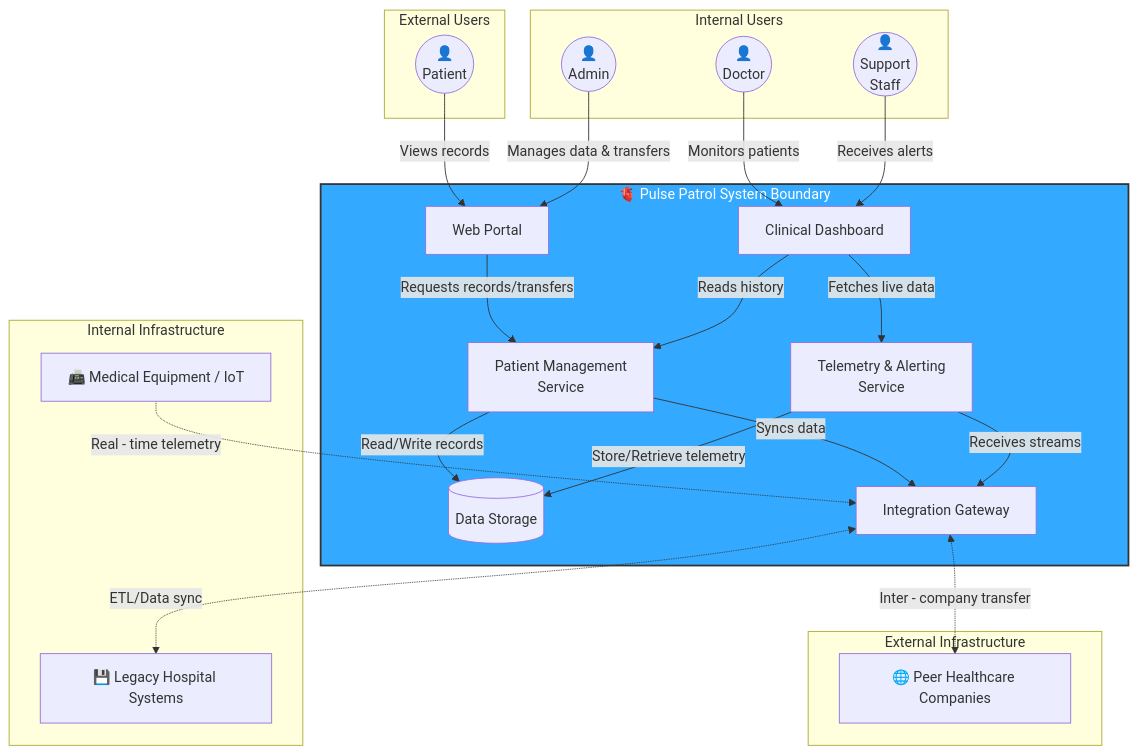
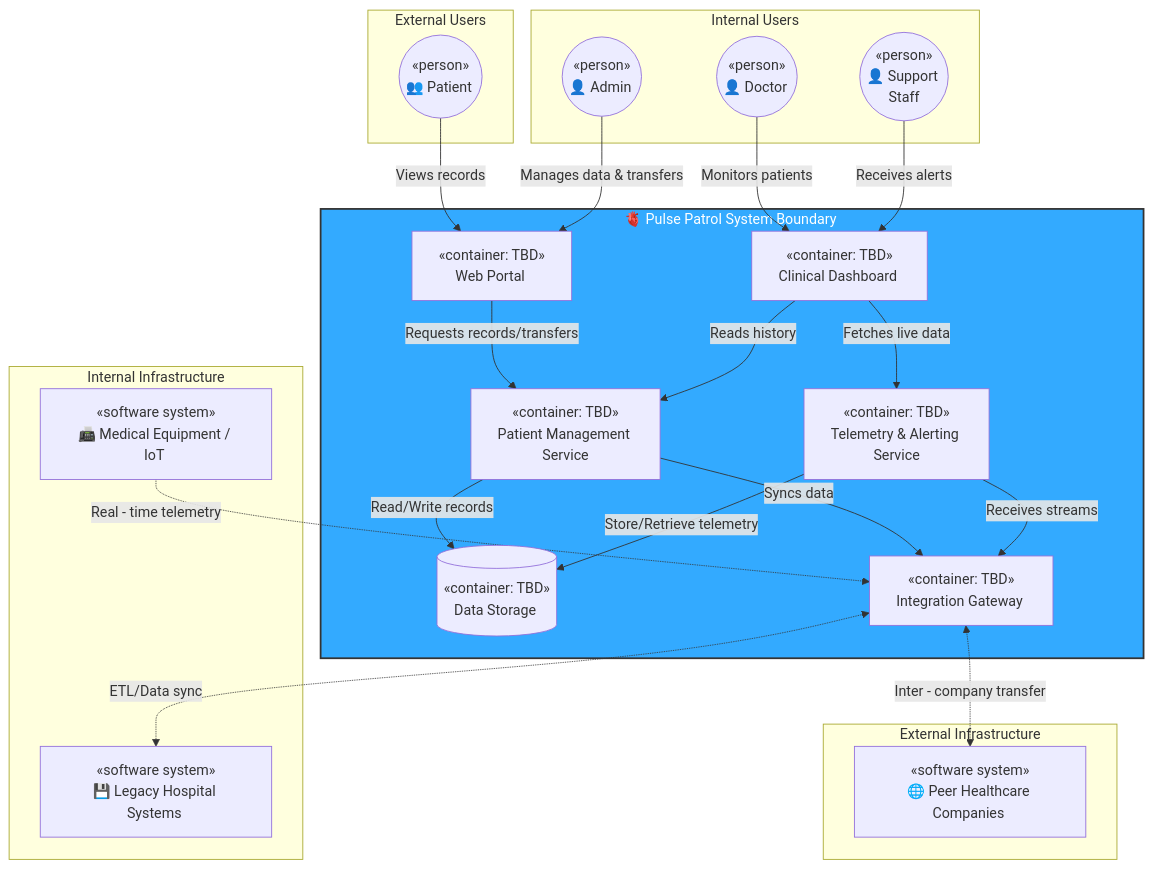
The second of 8 diagrams in docs/ard-v2.1.md (iugori/pulse-patrol), drawn with Mermaid before and after one commit. The commit also changed other lines of this file, not shown here.

````diff
--- a/docs/ard-v2.1.md
+++ b/docs/ard-v2.1.md
@@ -237,53 +237,53 @@
 ```mermaid
 graph TB
     subgraph External_Actors ["External Users"]
-        Patient(("👤<br/>Patient"))
+        Patient(("«person»<br/>👥 Patient&nbsp;"))
     end
 
     subgraph Internal_Actors ["Internal Users"]
-        Admin(("👤<br/>Admin"))
-        Doctor(("👤<br/>Doctor"))
-        Support(("👤<br/>Support<br/>Staff"))
+        Admin(("«person»<br/>👤 Admin&nbsp;"))
+        Doctor(("«person»<br/>👤 Doctor&nbsp;"))
+        Support(("«person»<br/>👤 Support&nbsp;<br/>Staff"))
     end
 
-    subgraph Pulse_Patrol_System ["🫀 Pulse Patrol System Boundary"]
-        Portal[Web Portal]
-        Dashboard[Clinical Dashboard]
-        PMS[Patient Management<br />Service]
-        TAS[Telemetry & Alerting<br />Service]
-        Storage[(Data Storage)]
-        Gateway["Integration Gateway"]
+    subgraph Pulse_Patrol_System ["🫀 Pulse Patrol System Boundary&nbsp;"]
+        Portal["«container: TBD»<br/>Web Portal&nbsp;"]
+        Dashboard["«container: TBD»<br/>Clinical Dashboard&nbsp;"]
+        PMS["«container: TBD»<br/>Patient Management&nbsp;<br/>Service"]
+        TAS["«container: TBD»<br/>Telemetry & Alerting&nbsp;<br/>Service"]
+        Storage[("«container: TBD»<br/>Data Storage&nbsp;")]
+        Gateway["«container: TBD»<br/>Integration Gateway&nbsp;"]
     end
 
     subgraph External_Systems [External Infrastructure]
-        Peer["🌐 Peer Healthcare Companies"]
+        Peer["«software system»<br/>🌐 Peer Healthcare Companies&nbsp;"]
     end
 
     subgraph Internal_Systems [Internal Infrastructure]
-        Equipment["📠 Medical Equipment / IoT"]
-        Legacy["💾 Legacy Hospital Systems"]
+        Equipment["«software system»<br/>📠 Medical Equipment / IoT&nbsp;"]
+        Legacy["«software system»<br/>💾 Legacy Hospital Systems&nbsp;"]
     end
 
 %% User Interactions
     Patient -->|Views records| Portal
     Admin -->|Manages data & transfers| Portal
     Doctor -->|Monitors patients| Dashboard
     Support -->|Receives alerts| Dashboard
 %% Internal Routing
     Portal -->|Requests records/transfers| PMS
     Dashboard -->|Fetches live data| TAS
     Dashboard -->|Reads history| PMS
 %% Core Logic to Storage
     PMS -->|Read/Write records| Storage
     TAS -->|Store/Retrieve telemetry| Storage
 %% Integration Logic
     PMS -->|Syncs data| Gateway
     TAS -->|Receives streams| Gateway
 %% External System Connections
     Gateway <-->|Inter - company transfer| Peer
     Equipment -->|Real - time telemetry| Gateway
     Gateway <-->|ETL/Data sync| Legacy
 %% Grouping Styling
     style Pulse_Patrol_System fill: #33aaff, color: #fff, stroke: #333, stroke-width: 2px
-    linkStyle 11,12,13 stroke-dasharray:1
+    linkStyle 11,12,13 stroke-dasharray: 1
 ```
````
